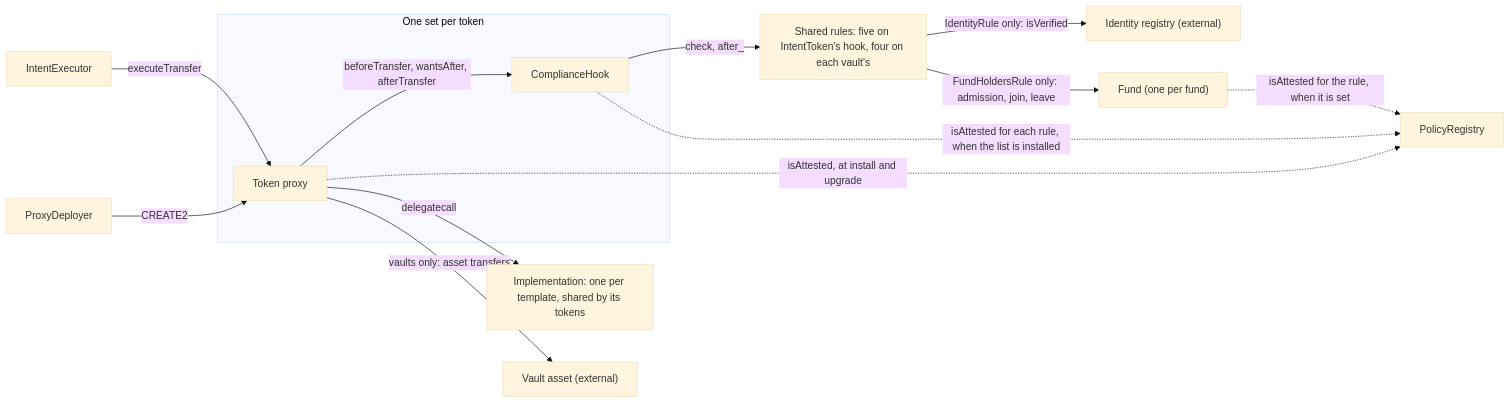
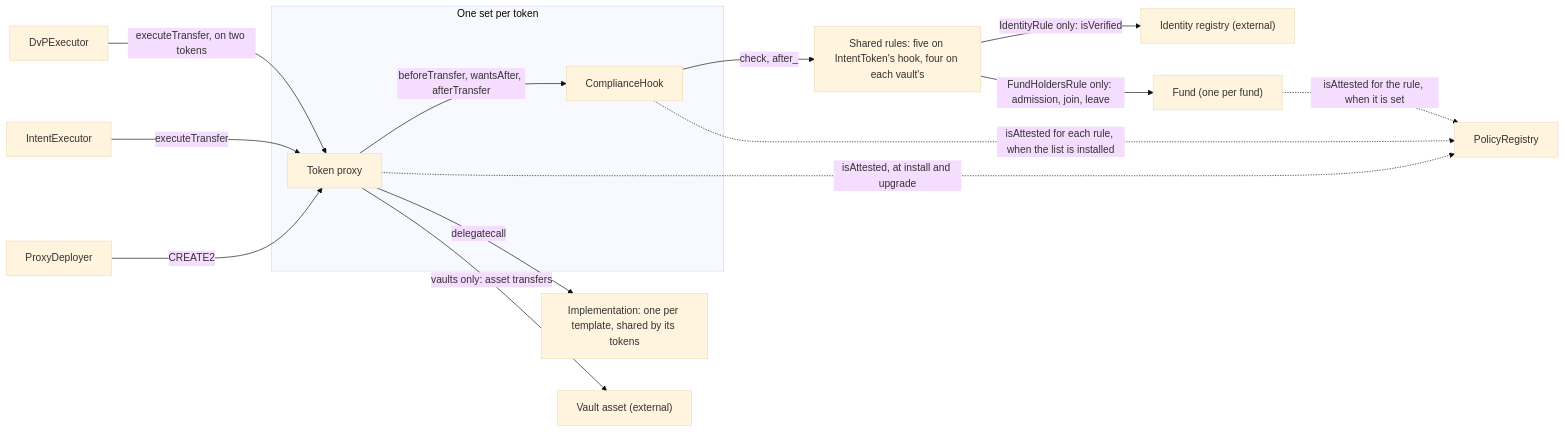
One commit to fepvenancio/rwa-token changed the first of 3 diagrams in docs/architecture.md. Above: the diagram before and after it, drawn with Mermaid (base theme). The commit also changed other lines of this file and 18 other files, not shown here.

````diff
--- a/docs/architecture.md
+++ b/docs/architecture.md
@@ -38,18 +39,19 @@
 ```mermaid
 flowchart LR
   PD["ProxyDeployer"] -->|"CREATE2"| Proxy
   Exec["IntentExecutor"] -->|"executeTransfer"| Proxy
+  DvP["DvPExecutor"] -->|"executeTransfer, on two tokens"| Proxy
   subgraph PerToken["One set per token"]
     Proxy["Token proxy"]
     Hook["ComplianceHook"]
     Proxy -->|"beforeTransfer, wantsAfter, afterTransfer"| Hook
   end
   Proxy -->|"delegatecall"| Impl["Implementation: one per template, shared by its tokens"]
   Hook -->|"check, after_"| Rules["Shared rules: five on IntentToken's hook, four on each vault's"]
   Rules -->|"IdentityRule only: isVerified"| IdReg["Identity registry (external)"]
   Rules -->|"FundHoldersRule only: admission, join, leave"| Fund["Fund (one per fund)"]
   Proxy -->|"vaults only: asset transfers"| Asset["Vault asset (external)"]
   Proxy -.->|"isAttested, at install and upgrade"| Reg["PolicyRegistry"]
   Hook -.->|"isAttested for each rule, when the list is installed"| Reg
   Fund -.->|"isAttested for the rule, when it is set"| Reg
 ```
````
